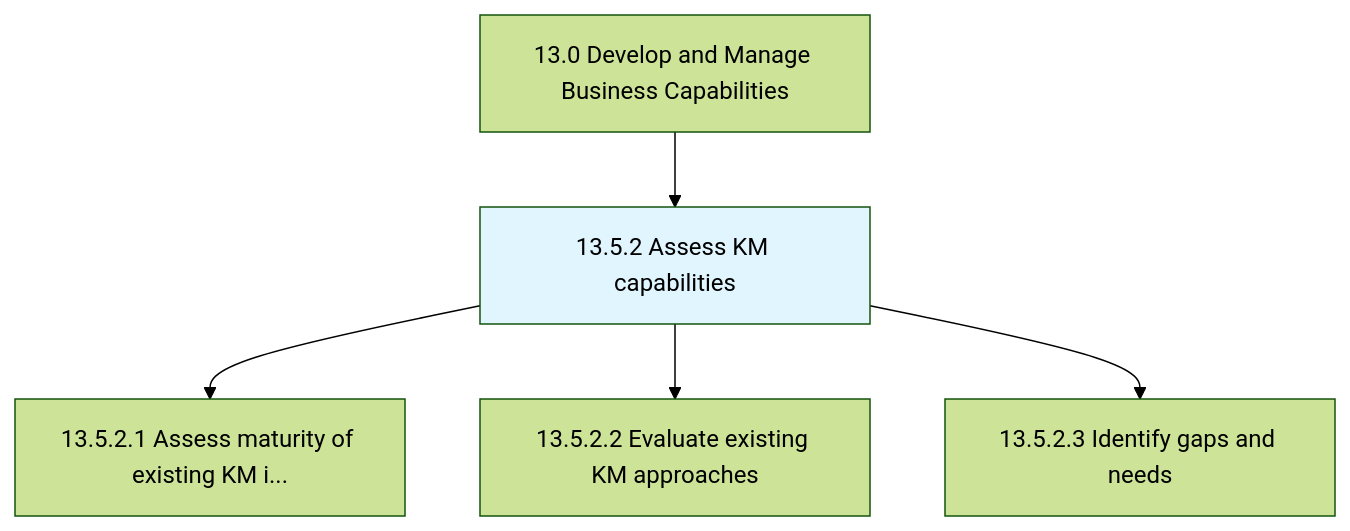
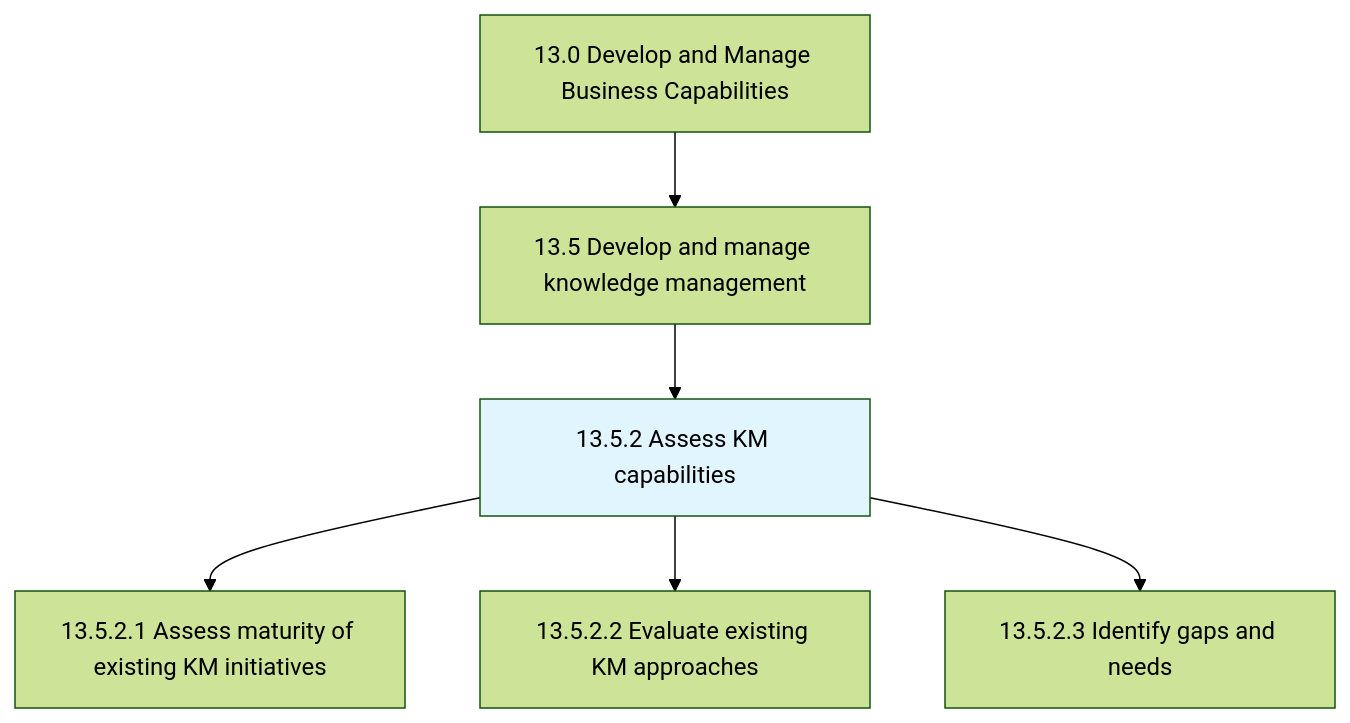
Before and after one commit to kziemski/business.org.ai: the first of 2 diagrams in processes/13-Capabilities/13.5.2-AssessKMCapabilities/index.mdx, drawn with Mermaid (forest theme). The commit also changed other lines of this file and 885 other files, not shown here.

````diff
--- a/processes/13-Capabilities/13.5.2-AssessKMCapabilities/index.mdx
+++ b/processes/13-Capabilities/13.5.2-AssessKMCapabilities/index.mdx
@@ -25,9 +27,10 @@
 ```mermaid
 graph TD
     C13["13.0 Develop and Manage Business Capabilities"]
-    C13 --> N13_5_2["13.5.2 Assess KM capabilities"]
+    C13 --> N13_5["13.5 Develop and manage knowledge management"]
+    N13_5 --> N13_5_2["13.5.2 Assess KM capabilities"]
     style N13_5_2 fill:#e1f5fe
-    N13_5_2 --> N13_5_2_1["13.5.2.1 Assess maturity of existing KM i..."]
+    N13_5_2 --> N13_5_2_1["13.5.2.1 Assess maturity of existing KM initiatives"]
     N13_5_2 --> N13_5_2_2["13.5.2.2 Evaluate existing KM approaches"]
     N13_5_2 --> N13_5_2_3["13.5.2.3 Identify gaps and needs"]
 ```
````
